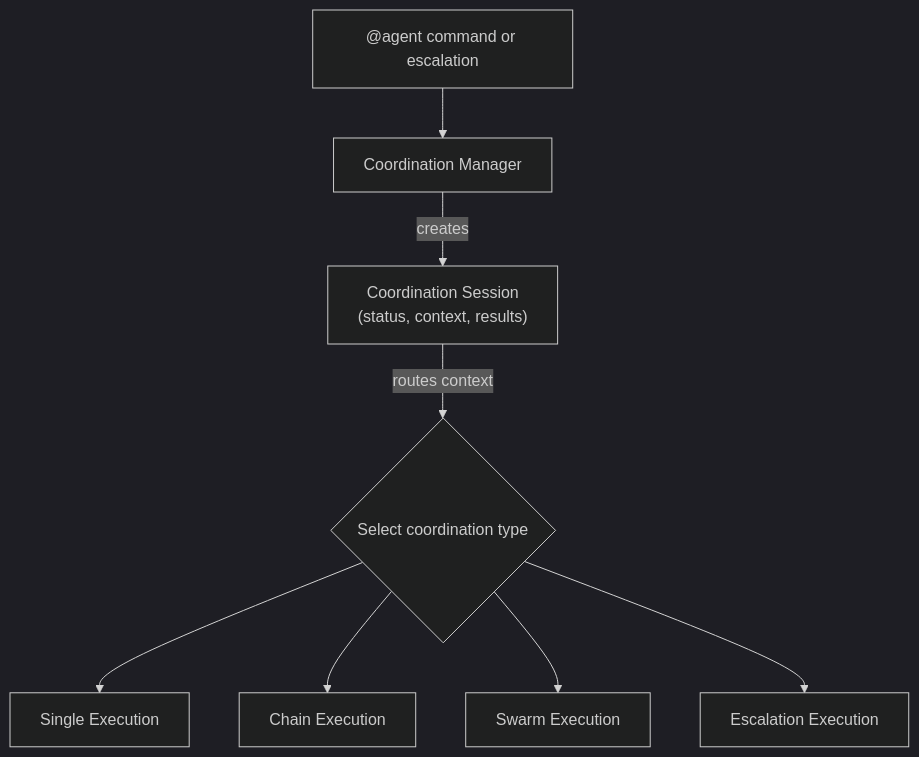
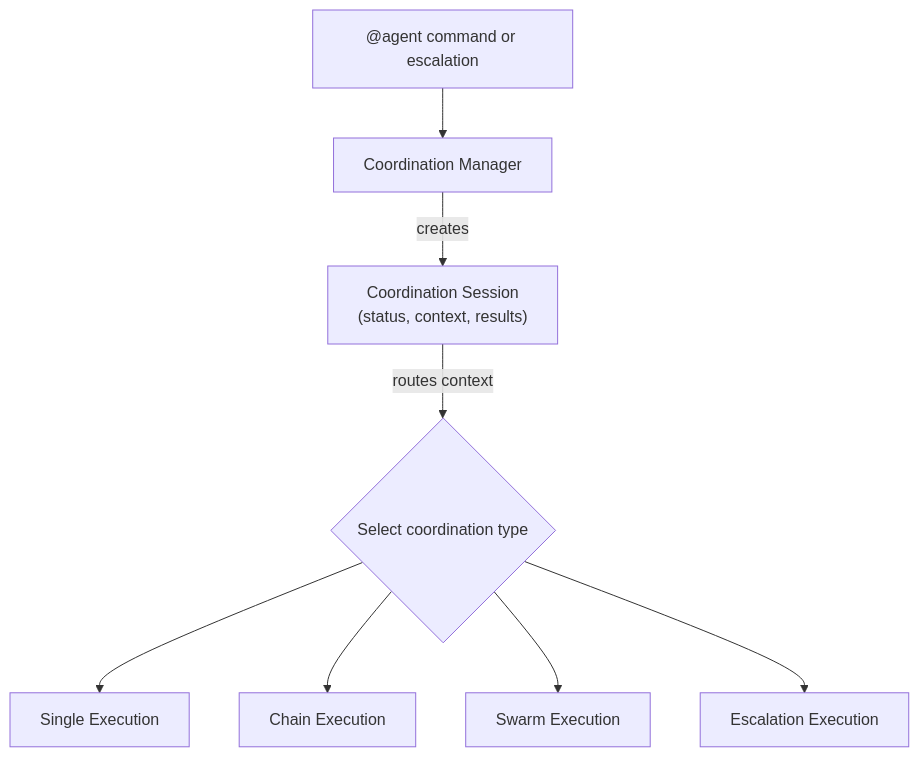
One commit to Alextorelli/ProspectPro changed the diagram in docs/tooling/end-state/coordination-overview-flow.mmd. Above: the diagram before and after it, drawn with Mermaid. The commit also changed 27 other files, not shown here.

First line of the commit message:
Refactor and update tooling documentation and diagrams

```diff
--- a/docs/tooling/end-state/coordination-overview-flow.mmd
+++ b/docs/tooling/end-state/coordination-overview-flow.mmd
@@ -1,18 +1,18 @@
-%%{init: {'theme': 'dark', 'layout': 'dagre'}}%%
+%%{init: {\'theme\': \'dark\'}}%%
 flowchart TD
     AgentRequest["@agent command or escalation"]
     CoordinationManager["Coordination Manager"]
     CoordinationSession["Coordination Session\n(status, context, results)"]
     TypeRouter{"Select coordination type"}
     SingleExec["Single Execution"]
     ChainExec["Chain Execution"]
     SwarmExec["Swarm Execution"]
     EscalationExec["Escalation Execution"]
 
     AgentRequest --> CoordinationManager
     CoordinationManager -->|creates| CoordinationSession
     CoordinationSession -->|routes context| TypeRouter
     TypeRouter --> SingleExec
     TypeRouter --> ChainExec
     TypeRouter --> SwarmExec
     TypeRouter --> EscalationExec
```
